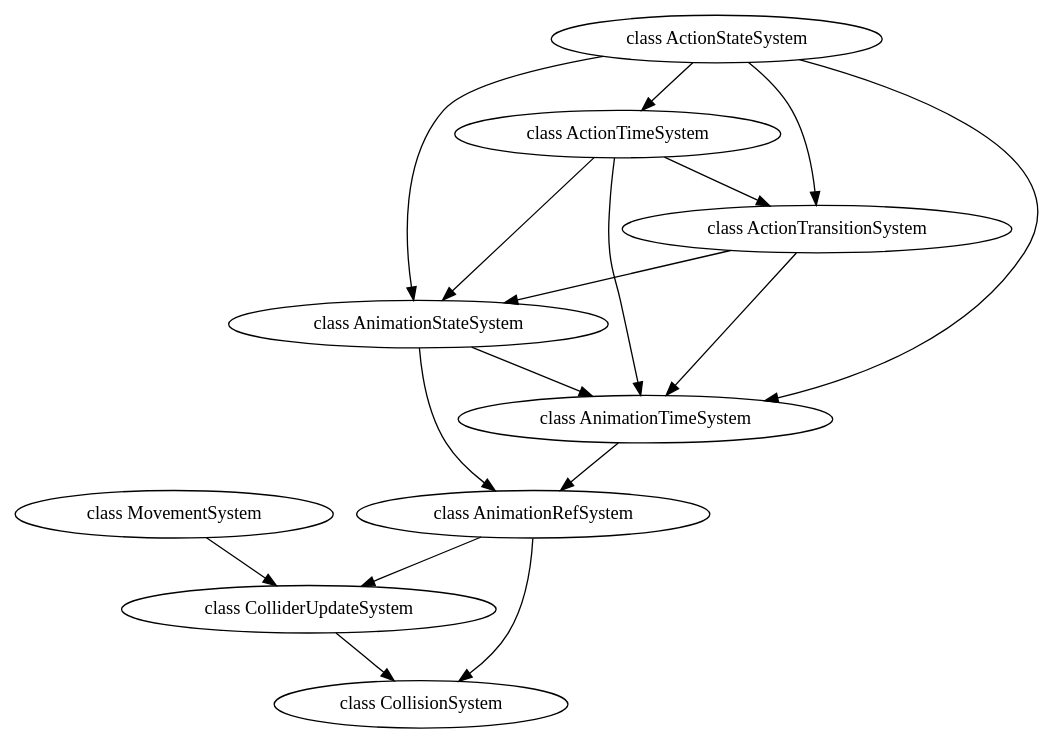
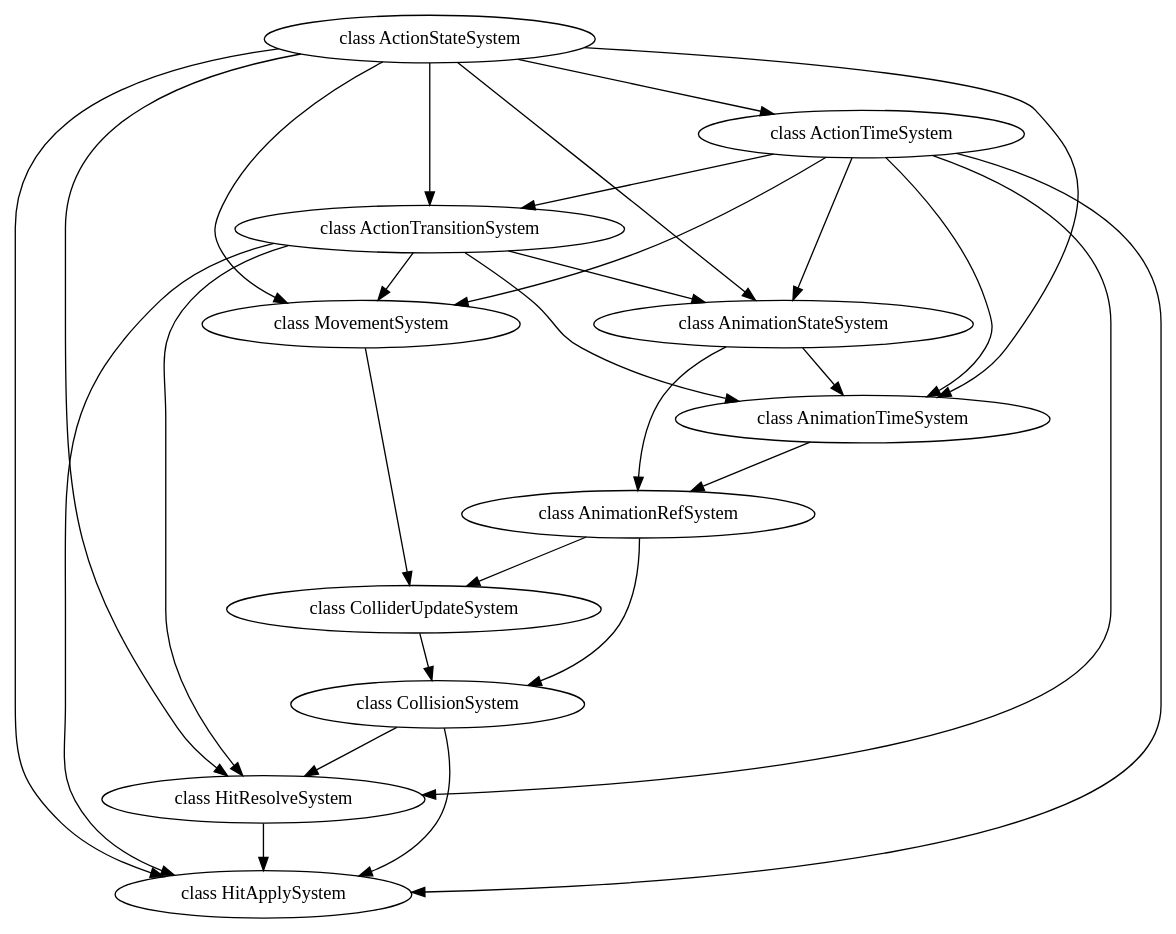
One commit to Vallhup/GameServer changed the diagram in WITH_Server/JobGraph Study/graph.gv. Above: the diagram before and after it, drawn with Graphviz. The commit also changed 14 other files, not shown here.

First line of the commit message:
feat(action): Implement segment-based action movement system

```diff
--- a/WITH_Server/JobGraph Study/graph.gv
+++ b/WITH_Server/JobGraph Study/graph.gv
@@ -1,19 +1,31 @@
 digraph JobGraph {
   "class ActionStateSystem" -> "class ActionTimeSystem";
   "class ActionStateSystem" -> "class ActionTransitionSystem";
+  "class ActionStateSystem" -> "class MovementSystem";
   "class ActionStateSystem" -> "class AnimationStateSystem";
   "class ActionStateSystem" -> "class AnimationTimeSystem";
+  "class ActionStateSystem" -> "class HitResolveSystem";
+  "class ActionStateSystem" -> "class HitApplySystem";
   "class ActionTimeSystem" -> "class ActionTransitionSystem";
+  "class ActionTimeSystem" -> "class MovementSystem";
   "class ActionTimeSystem" -> "class AnimationStateSystem";
   "class ActionTimeSystem" -> "class AnimationTimeSystem";
+  "class ActionTimeSystem" -> "class HitResolveSystem";
+  "class ActionTimeSystem" -> "class HitApplySystem";
+  "class ActionTransitionSystem" -> "class MovementSystem";
   "class ActionTransitionSystem" -> "class AnimationStateSystem";
   "class ActionTransitionSystem" -> "class AnimationTimeSystem";
+  "class ActionTransitionSystem" -> "class HitResolveSystem";
+  "class ActionTransitionSystem" -> "class HitApplySystem";
   "class MovementSystem" -> "class ColliderUpdateSystem";
   "class AnimationStateSystem" -> "class AnimationTimeSystem";
   "class AnimationStateSystem" -> "class AnimationRefSystem";
   "class AnimationTimeSystem" -> "class AnimationRefSystem";
   "class AnimationRefSystem" -> "class ColliderUpdateSystem";
   "class AnimationRefSystem" -> "class CollisionSystem";
   "class ColliderUpdateSystem" -> "class CollisionSystem";
-  "class CollisionSystem";
+  "class CollisionSystem" -> "class HitResolveSystem";
+  "class CollisionSystem" -> "class HitApplySystem";
+  "class HitResolveSystem" -> "class HitApplySystem";
+  "class HitApplySystem";
 }
```
